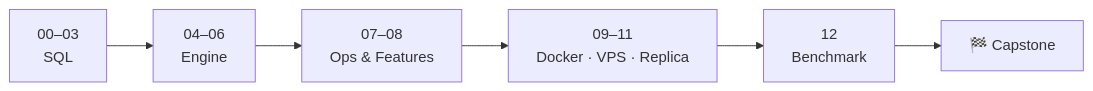
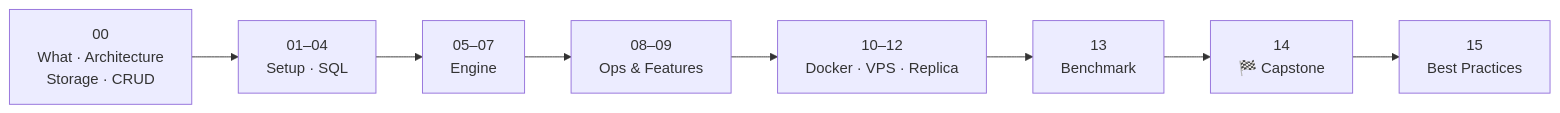
Before and after one commit to wesamkhateeb98-creator/postgresql-zero-to-hero: the first of 3 diagrams in README.md, drawn with Mermaid. The commit also changed other lines of this file and 139 other files, not shown here.

First line of the commit message:
Translate docs to English, move them under Doc/, add intro and best practices

````diff
--- a/README.md
+++ b/README.md
@@ -7,5 +7,5 @@
 ```mermaid
 flowchart LR
-    A["00–03<br/>SQL"] --> B["04–06<br/>Engine"] --> C["07–08<br/>Ops & Features"]
-    C --> D["09–11<br/>Docker · VPS · Replica"] --> E["12<br/>Benchmark"] --> F["🏁 Capstone"]
+    I["00<br/>What · Architecture<br/>Storage · CRUD"] --> A["01–04<br/>Setup · SQL"] --> B["05–07<br/>Engine"] --> C["08–09<br/>Ops & Features"]
+    C --> D["10–12<br/>Docker · VPS · Replica"] --> E["13<br/>Benchmark"] --> F["14<br/>🏁 Capstone"] --> G["15<br/>Best Practices"]
 ```
````
